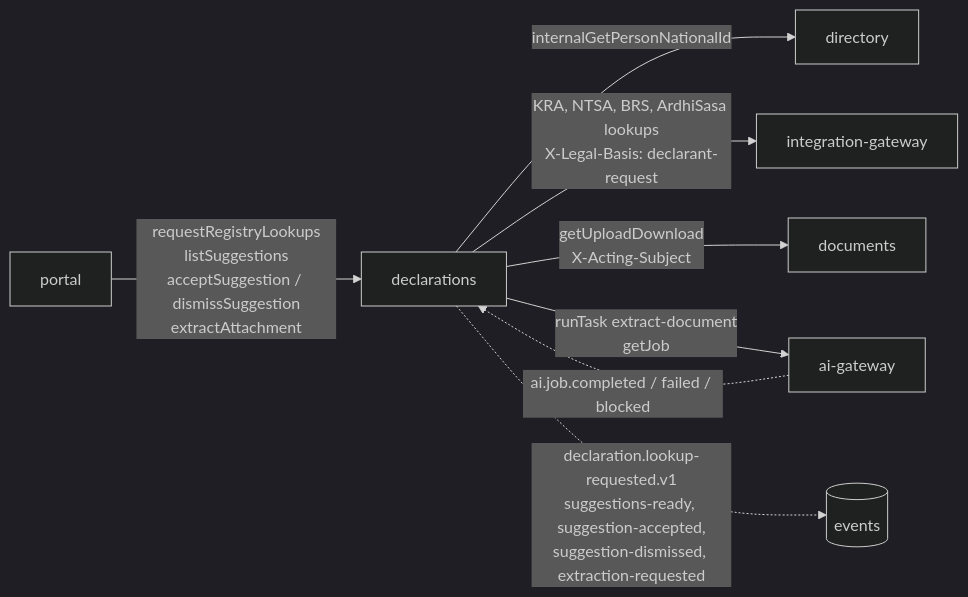
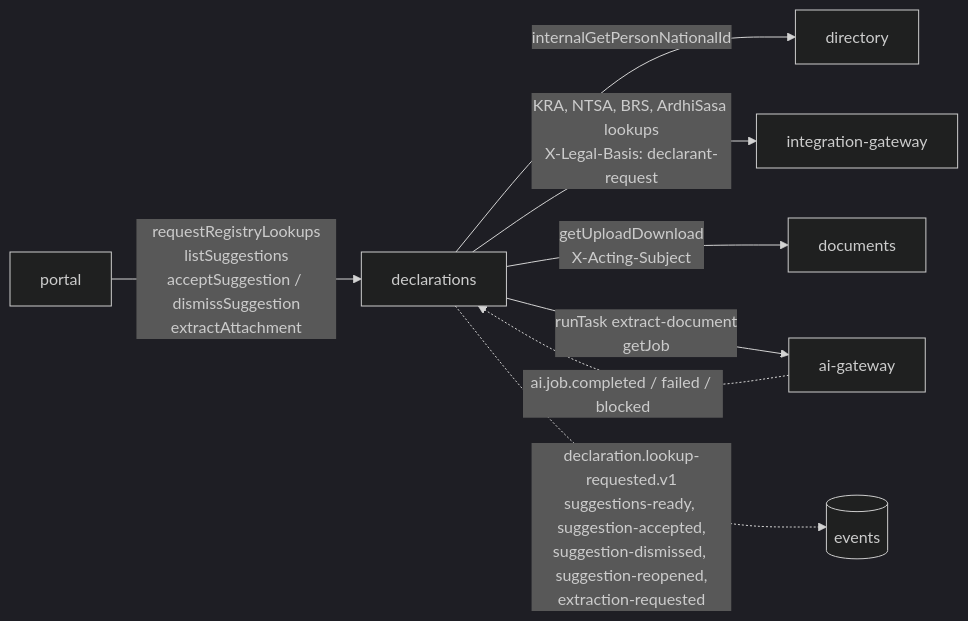
The diagram in docs/contracts/05b-prefill-extraction.md (muliswilliam/adili-v3), drawn with Mermaid (dark theme) before and after one commit. The commit also changed other lines of this file and 23 other files, not shown here.

First line of the commit message:
declarations: a section save reopens the accepted registry suggestions it no longer bears out (#738)

````diff
--- a/docs/contracts/05b-prefill-extraction.md
+++ b/docs/contracts/05b-prefill-extraction.md
@@ -20,10 +20,10 @@
 ```mermaid
 flowchart LR
   P[portal] -->|requestRegistryLookups<br/>listSuggestions<br/>acceptSuggestion / dismissSuggestion<br/>extractAttachment| D[declarations]
   D -->|internalGetPersonNationalId| Dir[directory]
   D -->|KRA, NTSA, BRS, ArdhiSasa lookups<br/>X-Legal-Basis: declarant-request| IG[integration-gateway]
   D -->|getUploadDownload<br/>X-Acting-Subject| Doc[documents]
   D -->|runTask extract-document<br/>getJob| AI[ai-gateway]
   AI -.->|ai.job.completed / failed / blocked| D
-  D -.->|declaration.lookup-requested.v1<br/>suggestions-ready, suggestion-accepted,<br/>suggestion-dismissed, extraction-requested| Bus[(events)]
+  D -.->|declaration.lookup-requested.v1<br/>suggestions-ready, suggestion-accepted,<br/>suggestion-dismissed, suggestion-reopened,<br/>extraction-requested| Bus[(events)]
 ```
````
